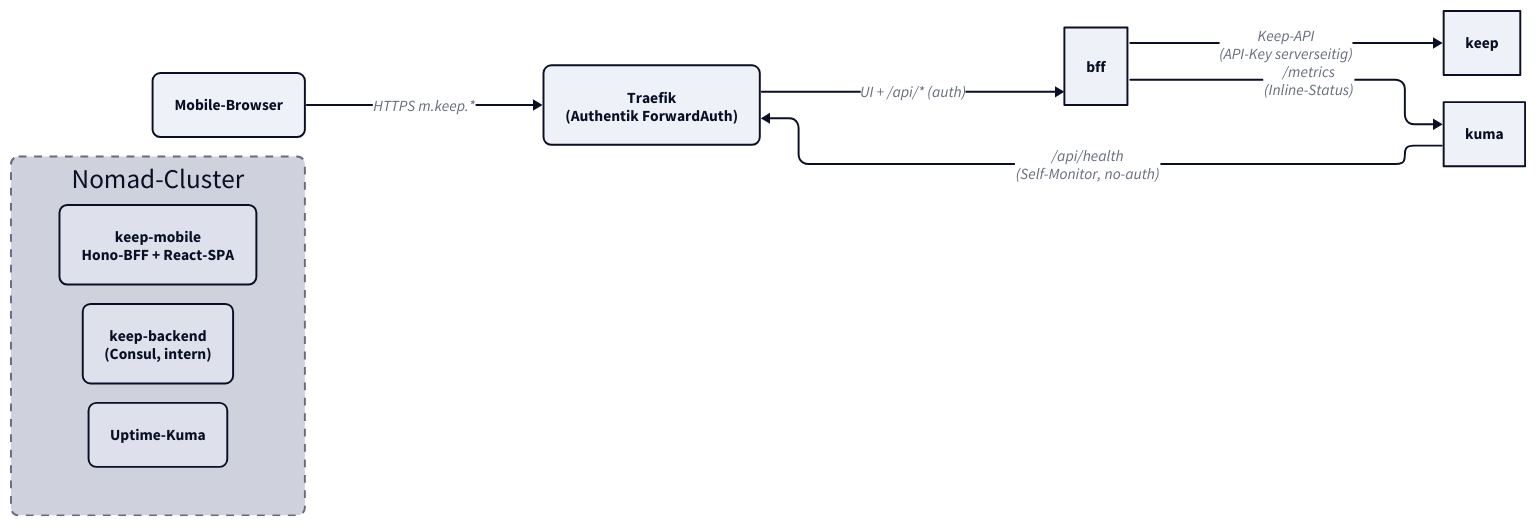
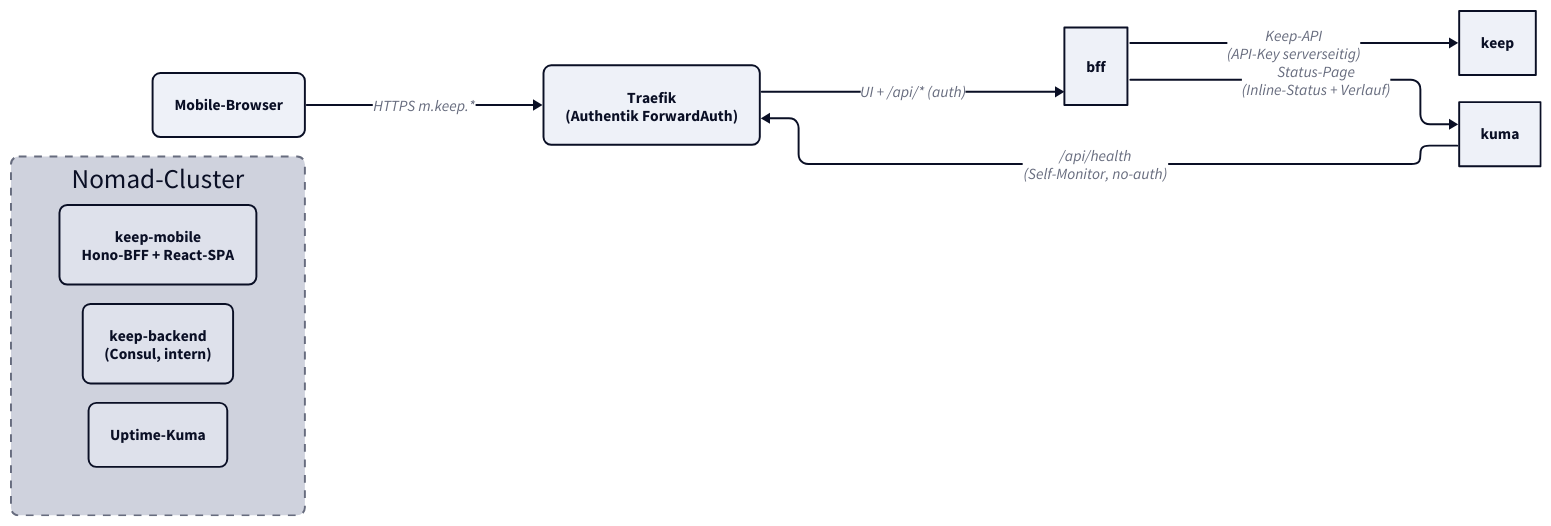
One commit to derever-labs/homelab-wiki changed the diagram in docs/monitoring/keep-mobile.md. Above: the diagram before and after it, drawn with D2. The commit also changed other lines of this file and 1 other file, not shown here.

First line of the commit message:
docs(kuma): Heartbeat-Widget-Quelle + Kuma disableAuth (#36)

````diff
--- a/docs/monitoring/keep-mobile.md
+++ b/docs/monitoring/keep-mobile.md
@@ -37,31 +37,31 @@
 ```d2
 vars: {
   d2-config: {
     theme-id: 1
     layout-engine: elk
   }
 }
 
 classes: {
   node: { style: { border-radius: 8 } }
   container: { style: { border-radius: 8; stroke-dash: 4 } }
 }
 
 direction: right
 
 browser: Mobile-Browser { class: node }
 traefik: "Traefik\n(Authentik ForwardAuth)" { class: node }
 
 cluster: Nomad-Cluster {
   class: container
   bff: "keep-mobile\nHono-BFF + React-SPA" { class: node }
   keep: "keep-backend\n(Consul, intern)" { class: node }
   kuma: "Uptime-Kuma" { class: node }
 }
 
 browser -> traefik: "HTTPS m.keep.*"
 traefik -> bff: "UI + /api/* (auth)"
 bff -> keep: "Keep-API\n(API-Key serverseitig)"
-bff -> kuma: "/metrics\n(Inline-Status)"
+bff -> kuma: "Status-Page\n(Inline-Status + Verlauf)"
 kuma -> traefik: "/api/health\n(Self-Monitor, no-auth)"
 ```
````
